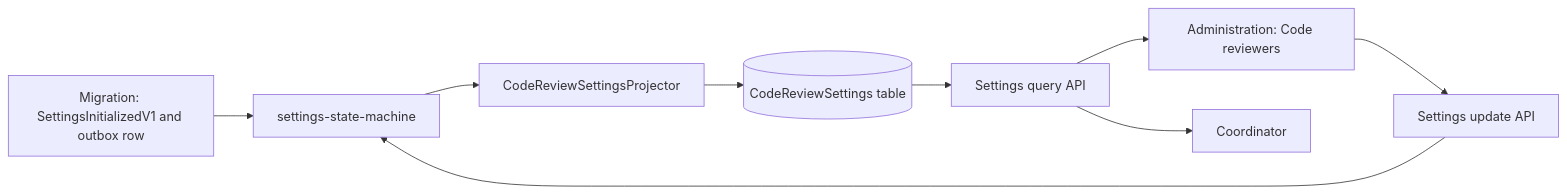
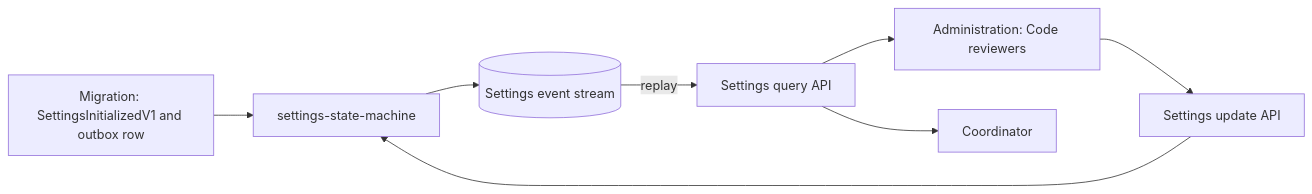
The second of 4 diagrams in docs/reviews/code-reviewers-implementation.md (PULK4N/Knowledge-Base-System), drawn with Mermaid before and after one commit. The commit also changed other lines of this file and 19 other files, not shown here.

First line of the commit message:
Read code review settings from events instead of a projection

````diff
--- a/docs/reviews/code-reviewers-implementation.md
+++ b/docs/reviews/code-reviewers-implementation.md
@@ -22,11 +22,10 @@
 ```mermaid
 flowchart LR
     A[Migration: SettingsInitializedV1 and outbox row] --> B[settings-state-machine]
     C[Administration: Code reviewers] --> D[Settings update API]
     D --> B
-    B --> E[CodeReviewSettingsProjector]
-    E --> F[(CodeReviewSettings table)]
-    F --> G[Settings query API]
+    B --> E[(Settings event stream)]
+    E -->|replay| G[Settings query API]
     G --> C
     G --> H[Coordinator]
 ```
````
